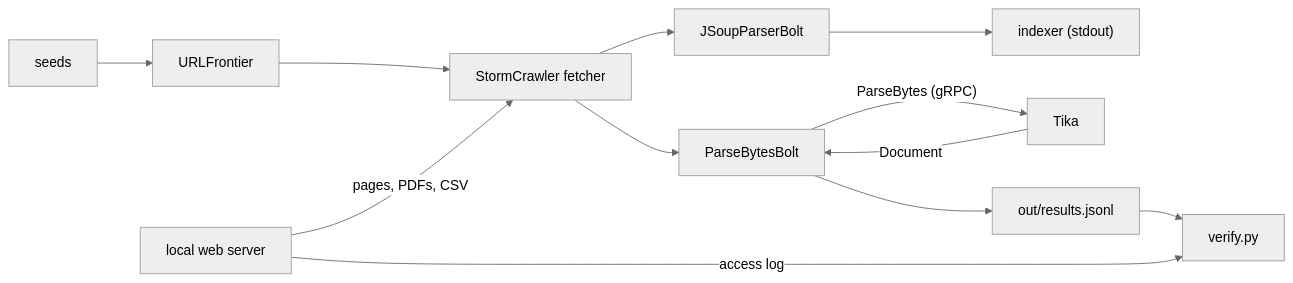
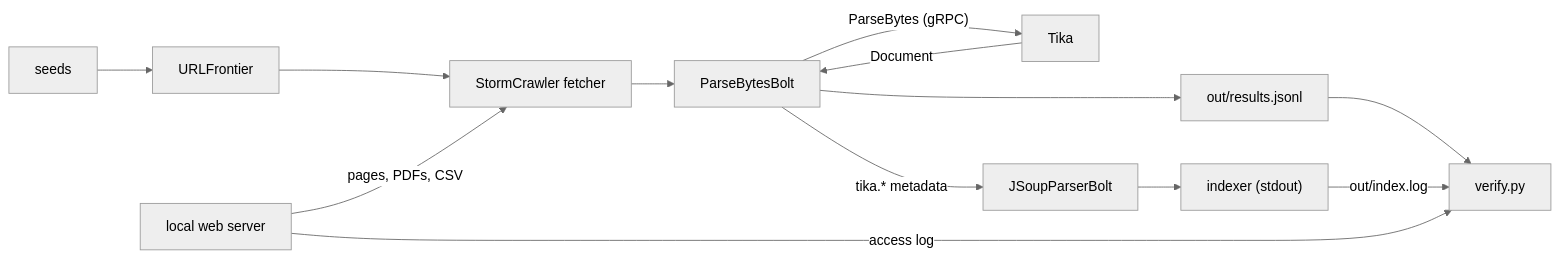
The diagram in README.md (dpol1/tika-demo), drawn with Mermaid (neutral theme) before and after one commit. The commit also changed other lines of this file and 38 other files, not shown here.

````diff
--- a/README.md
+++ b/README.md
@@ -32,13 +33,14 @@
 ```mermaid
 flowchart LR
     seeds --> frontier[URLFrontier]
     frontier --> fetcher[StormCrawler fetcher]
     web[local web server] -- pages, PDFs, CSV --> fetcher
-    fetcher --> jsoup[JSoupParserBolt] --> indexer["indexer (stdout)"]
     fetcher --> bolt[ParseBytesBolt]
     bolt -- "ParseBytes (gRPC)" --> tika[Tika]
     tika -- Document --> bolt
+    bolt -- "tika.* metadata" --> jsoup[JSoupParserBolt] --> indexer["indexer (stdout)"]
     bolt --> results["out/results.jsonl"]
     results --> verify[verify.py]
+    indexer -- out/index.log --> verify
     web -- access log --> verify
 ```
````
